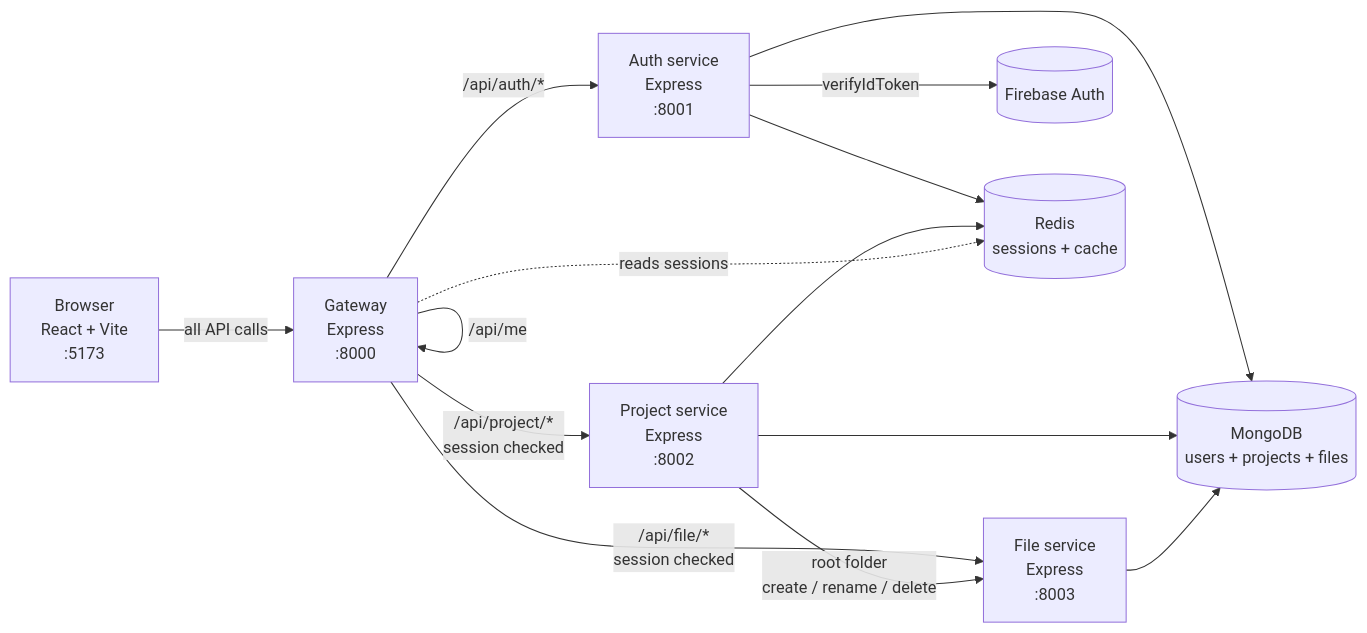
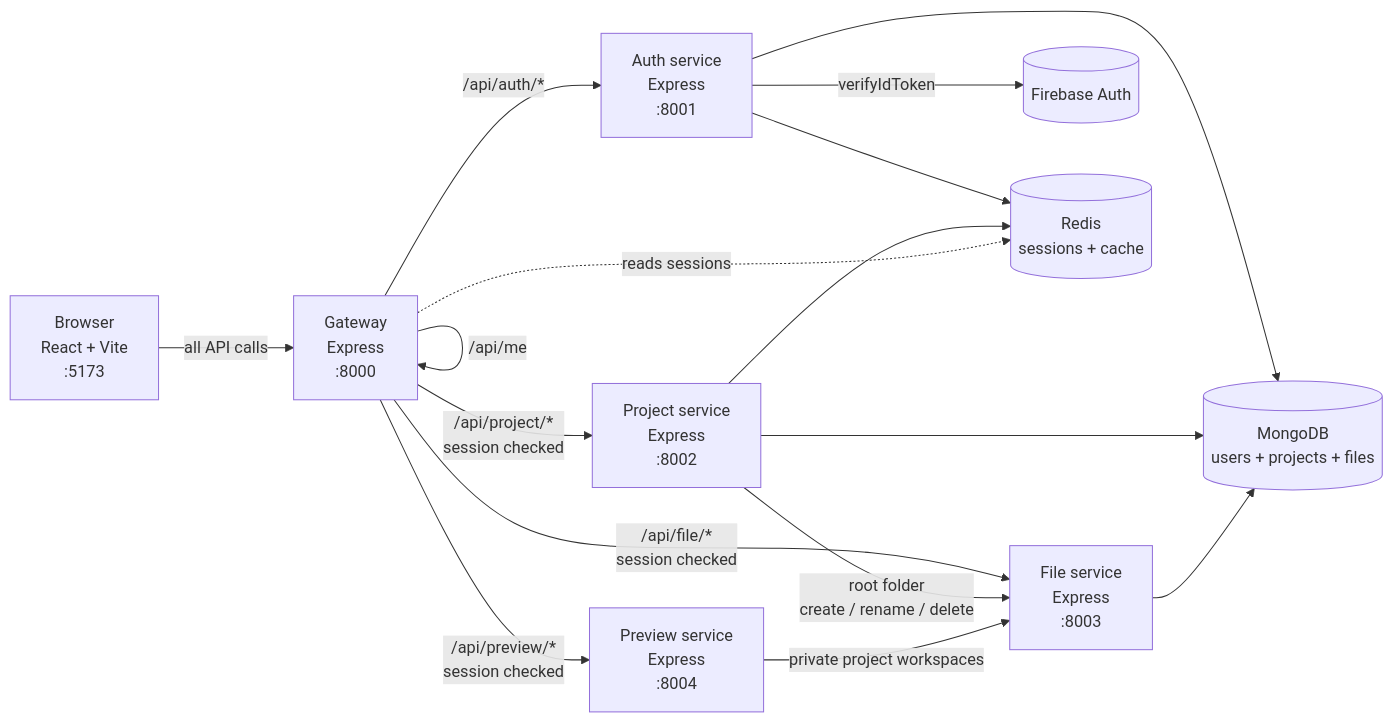
The diagram in README.md (yamanhassan1/NexPulse), drawn with Mermaid before and after one commit. The commit also changed other lines of this file and 197 other files, not shown here.

````diff
--- a/README.md
+++ b/README.md
@@ -51,25 +53,28 @@
 ```mermaid
 flowchart LR
     B["Browser<br>React + Vite<br>:5173"]
     G["Gateway<br>Express<br>:8000"]
     A["Auth service<br>Express<br>:8001"]
     P["Project service<br>Express<br>:8002"]
     FS["File service<br>Express<br>:8003"]
+    PV["Preview service<br>Express<br>:8004"]
     F[("Firebase Auth")]
     M[("MongoDB<br>users + projects + files")]
     R[("Redis<br>sessions + cache")]
 
     B -->|"all API calls"| G
     G -->|"/api/auth/*"| A
     G -->|"/api/project/*<br>session checked"| P
     G -->|"/api/file/*<br>session checked"| FS
+    G -->|"/api/preview/*<br>session checked"| PV
     G -->|"/api/me"| G
     A -->|"verifyIdToken"| F
     A --> M
     A --> R
     P --> M
     P --> R
     P -->|"root folder<br>create / rename / delete"| FS
     FS --> M
+    PV -->|"private project workspaces"| FS
     G -.->|"reads sessions"| R
 ```
````
